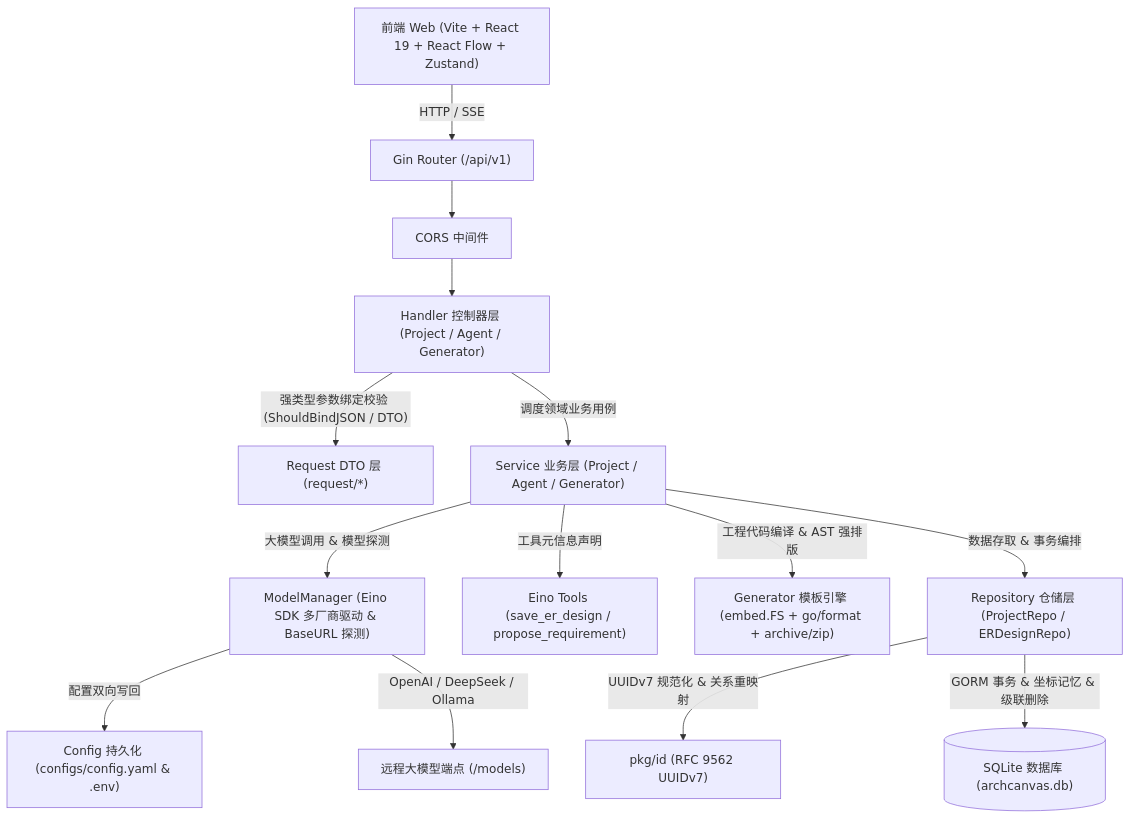
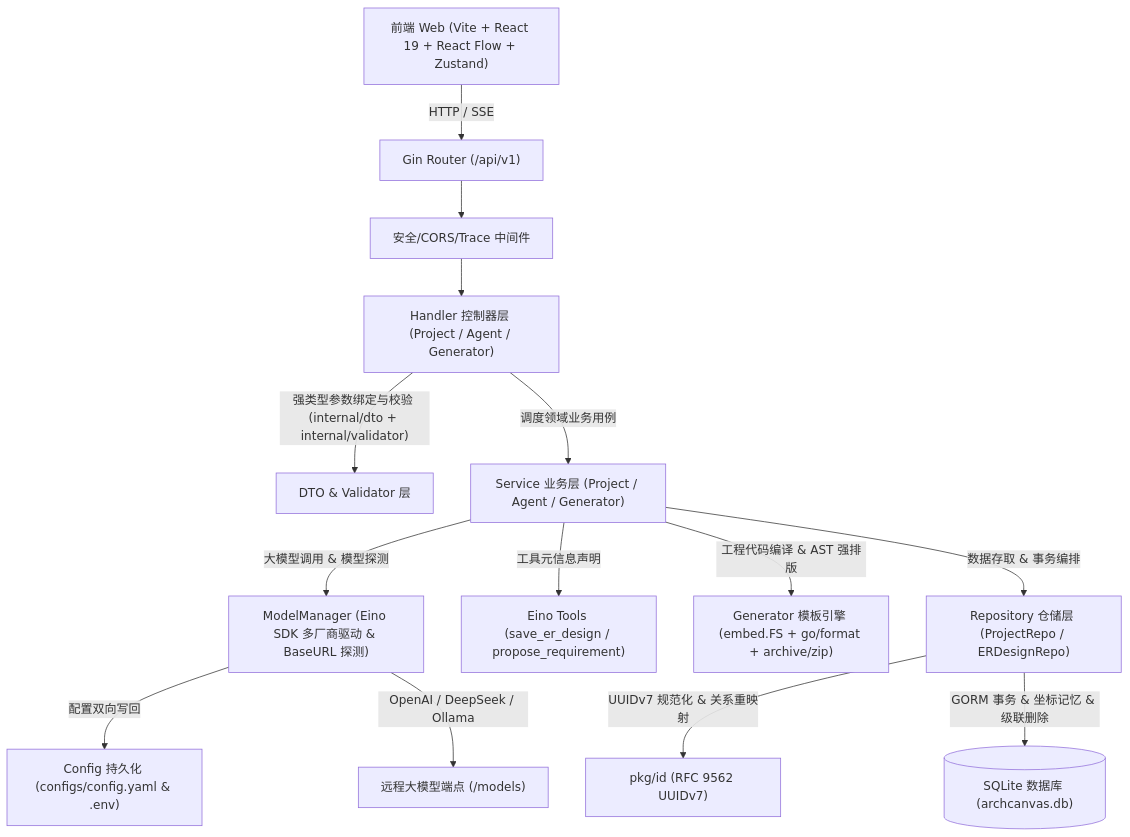
The diagram in README.md (YN1753/ArchCanvas), drawn with Mermaid before and after one commit. The commit also changed other lines of this file and 121 other files, not shown here.

````diff
--- a/README.md
+++ b/README.md
@@ -176,20 +176,20 @@
 ```mermaid
 flowchart TD
     Client["前端 Web (Vite + React 19 + React Flow + Zustand)"] -->|"HTTP / SSE"| Router["Gin Router (/api/v1)"]
-    Router --> Middleware["CORS 中间件"]
+    Router --> Middleware["安全/CORS/Trace 中间件"]
     Middleware --> Handler["Handler 控制器层 (Project / Agent / Generator)"]
     
-    Handler -->|"强类型参数绑定校验 (ShouldBindJSON / DTO)"| DTO["Request DTO 层 (request/*)"]
+    Handler -->|"强类型参数绑定与校验 (internal/dto + internal/validator)"| DTO["DTO & Validator 层"]
     Handler -->|"调度领域业务用例"| Service["Service 业务层 (Project / Agent / Generator)"]
     
     Service -->|"大模型调用 & 模型探测"| AgentMgr["ModelManager (Eino SDK 多厂商驱动 & BaseURL 探测)"]
     AgentMgr -->|"配置双向写回"| Config["Config 持久化 (configs/config.yaml & .env)"]
     AgentMgr -->|"OpenAI / DeepSeek / Ollama"| LLM["远程大模型端点 (/models)"]
     Service -->|"工具元信息声明"| Tools["Eino Tools (save_er_design / propose_requirement)"]
     
     Service -->|"工程代码编译 & AST 强排版"| GenEng["Generator 模板引擎 (embed.FS + go/format + archive/zip)"]
     
     Service -->|"数据存取 & 事务编排"| Repo["Repository 仓储层 (ProjectRepo / ERDesignRepo)"]
     Repo -->|"UUIDv7 规范化 & 关系重映射"| IDPkg["pkg/id (RFC 9562 UUIDv7)"]
     Repo -->|"GORM 事务 & 坐标记忆 & 级联删除"| SQLite[("SQLite 数据库 (archcanvas.db)")]
 ```
````
